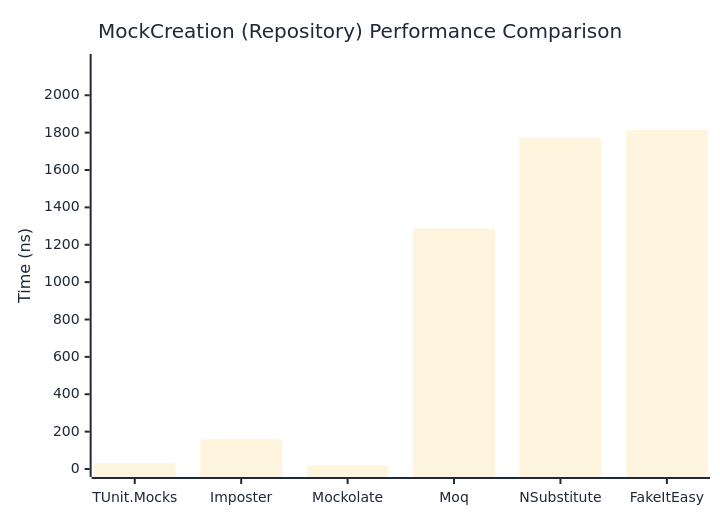
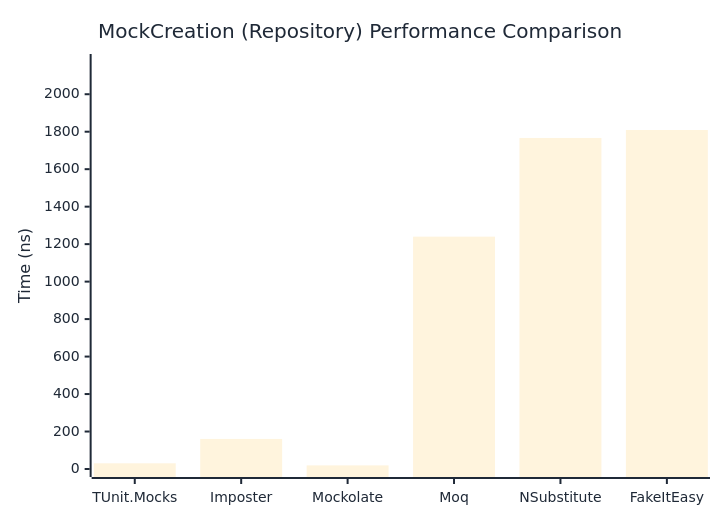
One commit to thomhurst/TUnit changed the second of 2 diagrams in docs/docs/benchmarks/mocks/MockCreation.md. Above: the diagram before and after it, drawn with Mermaid. The commit also changed other lines of this file and 14 other files, not shown here.

````diff
--- a/docs/docs/benchmarks/mocks/MockCreation.md
+++ b/docs/docs/benchmarks/mocks/MockCreation.md
@@ -71,27 +71,27 @@
 ```mermaid
 %%{init: {
   'theme':'base',
   'themeVariables': {
     'primaryColor': '#2563eb',
     'primaryTextColor': '#1f2937',
     'primaryBorderColor': '#1e40af',
     'lineColor': '#6b7280',
     'secondaryColor': '#7c3aed',
     'tertiaryColor': '#dc2626',
     'background': '#ffffff',
     'pie1': '#2563eb',
     'pie2': '#7c3aed',
     'pie3': '#dc2626',
     'pie4': '#f59e0b',
     'pie5': '#10b981',
     'pie6': '#06b6d4',
     'pie7': '#ec4899',
     'pie8': '#6366f1'
   }
 }}%%
 xychart-beta
   title "MockCreation (Repository) Performance Comparison"
   x-axis ["TUnit.Mocks", "Imposter", "Mockolate", "Moq", "NSubstitute", "FakeItEasy"]
-  y-axis "Time (ns)" 0 --> 2178
-  bar [29.95, 158.48, 17.91, 1287.34, 1772.55, 1814.17]
+  y-axis "Time (ns)" 0 --> 2172
+  bar [30.44, 160.49, 19.24, 1239.96, 1766.64, 1809.19]
 ```
````
